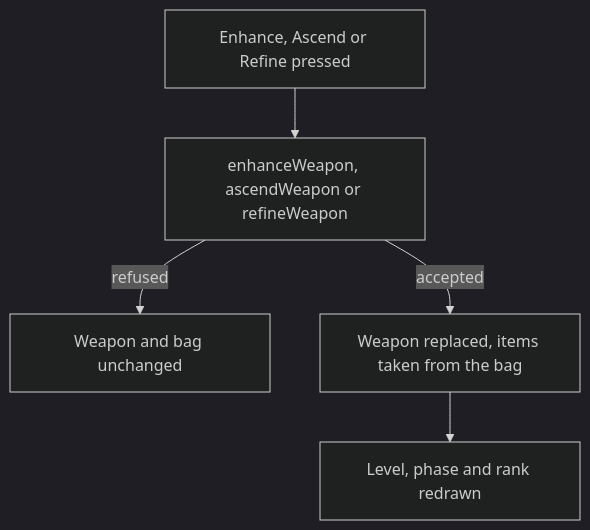
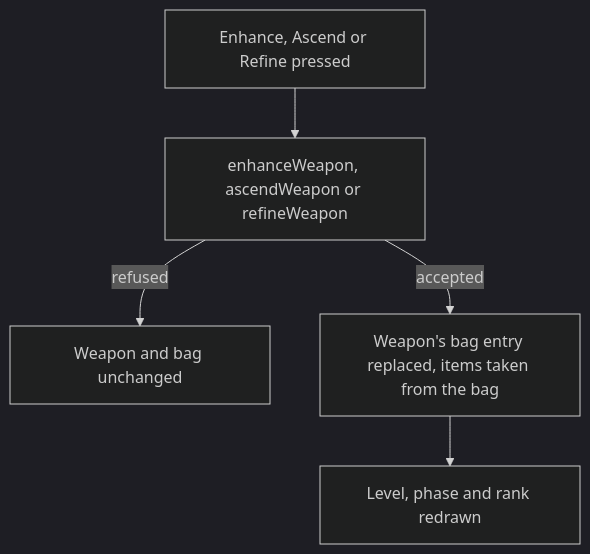
One commit to Esposter/Esposter changed the diagram in openspec/changes/genshin-weapon-screen/design.md. Above: the diagram before and after it, drawn with Mermaid (dark theme). The commit also changed other lines of this file and 7 other files, not shown here.

First line of the commit message:
feat(genshin-world): the weapon screen opens on a bag weapon and calls its services for Enhance, Ascend and Refine

````diff
--- a/openspec/changes/genshin-weapon-screen/design.md
+++ b/openspec/changes/genshin-weapon-screen/design.md
@@ -21,7 +22,7 @@
 ```mermaid
 flowchart TD
   PRESS["Enhance, Ascend or Refine pressed"] --> SERVICE["enhanceWeapon, ascendWeapon or refineWeapon"]
   SERVICE -->|"refused"| KEEP["Weapon and bag unchanged"]
-  SERVICE -->|"accepted"| APPLY["Weapon replaced, items taken from the bag"]
+  SERVICE -->|"accepted"| APPLY["Weapon's bag entry replaced, items taken from the bag"]
   APPLY --> SHOW["Level, phase and rank redrawn"]
 ```
````
